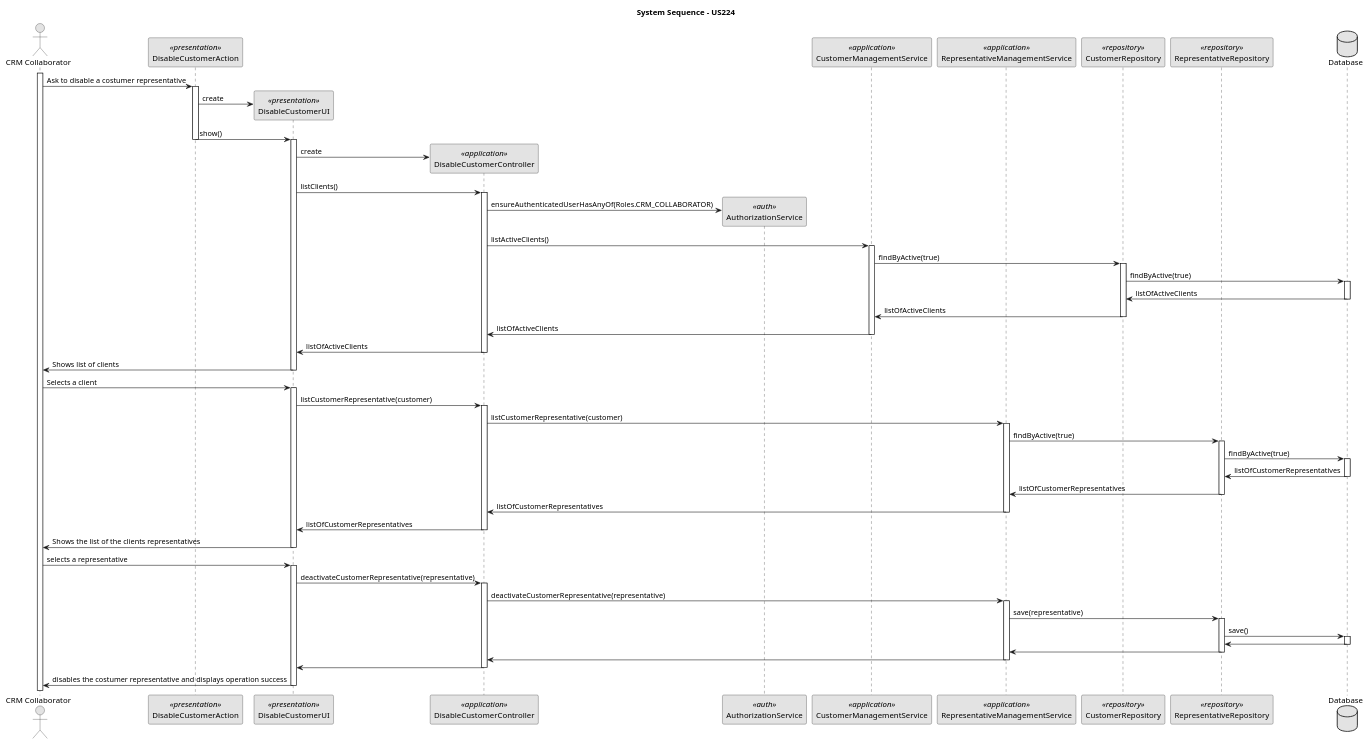
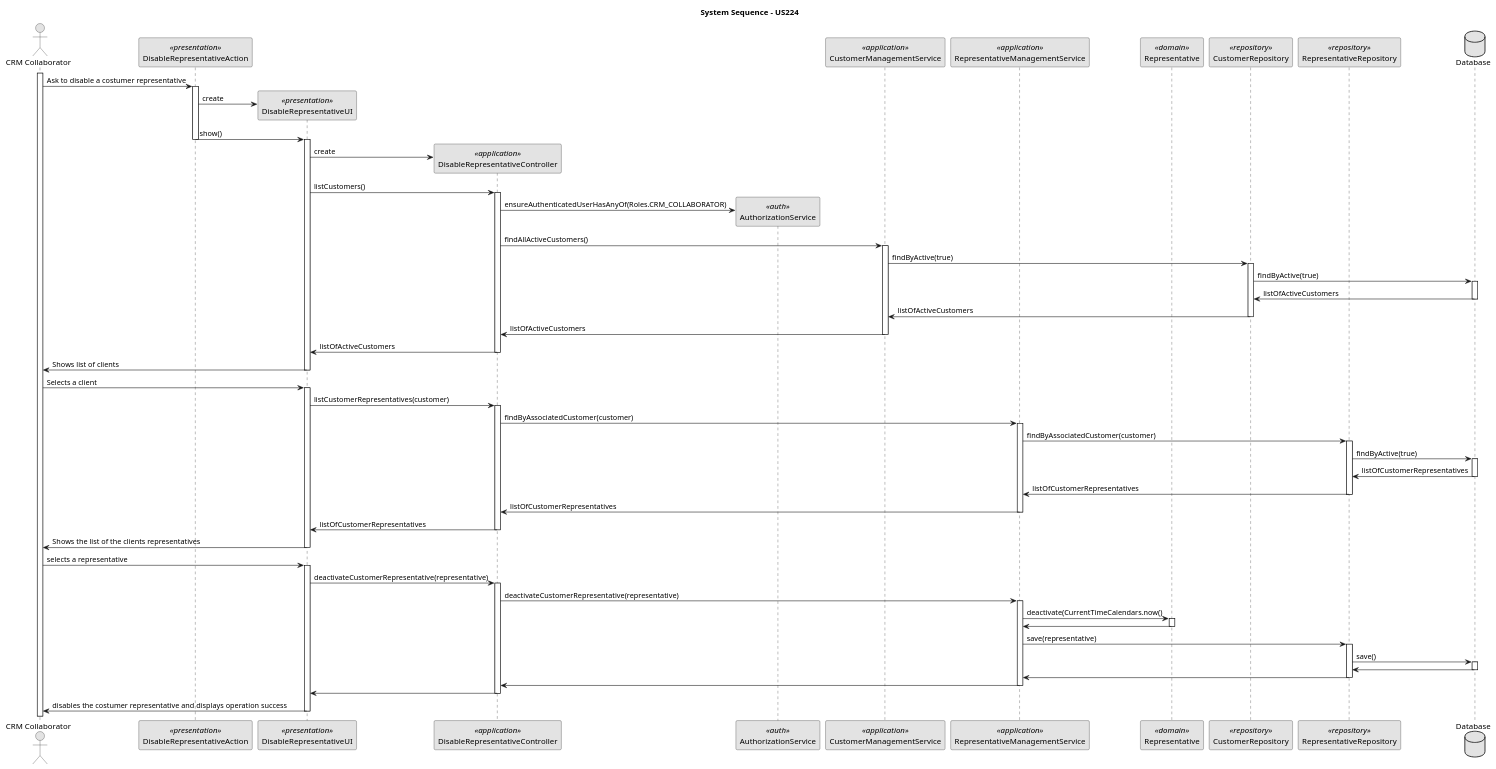
Before and after one commit to rubenFreitas1/ISEP-LAPR4-2024-2025: the diagram in docs/Sprint2/us_224/diagrams/sequence-diagram-US224.puml, drawn with PlantUML. The commit also changed 2 other files, not shown here.

```diff
--- a/docs/Sprint2/us_224/diagrams/sequence-diagram-US224.puml
+++ b/docs/Sprint2/us_224/diagrams/sequence-diagram-US224.puml
@@ -1,120 +1,126 @@
 @startuml
 skinparam monochrome true
 skinparam packageStyle rectangle
 skinparam shadowing false
 
 actor "CRM Collaborator" as crmCollaborator
-participant "DisableCustomerAction" as ACTION <<presentation>>
-participant "DisableCustomerUI" as UI <<presentation>>
-participant "DisableCustomerController" as CTRL <<application>>
+participant "DisableRepresentativeAction" as ACTION <<presentation>>
+participant "DisableRepresentativeUI" as UI <<presentation>>
+participant "DisableRepresentativeController" as CTRL <<application>>
 participant "AuthorizationService" as AuthorizationService <<auth>>
 participant "CustomerManagementService" as CustomerManagementService <<application>>
 participant "RepresentativeManagementService" as RepresentativeManagementService <<application>>
+participant "Representative" as Representative <<domain>>
 participant "CustomerRepository" as CustomerRepository <<repository>>
 participant "RepresentativeRepository" as RepresentativeRepository <<repository>>
 database "Database" as Database
 
 
 title System Sequence - US224
 
 activate crmCollaborator
 
     crmCollaborator -> ACTION : Ask to disable a costumer representative
     activate ACTION
 
         ACTION -> UI** : create
         ACTION -> UI : show()
     deactivate ACTION
 
     activate UI
 
         UI -> CTRL** : create
-        UI -> CTRL : listClients()
+        UI -> CTRL : listCustomers()
         activate CTRL
 
             CTRL -> AuthorizationService** : ensureAuthenticatedUserHasAnyOf(Roles.CRM_COLLABORATOR)
-            CTRL -> CustomerManagementService : listActiveClients()
+            CTRL -> CustomerManagementService : findAllActiveCustomers()
             activate CustomerManagementService
 
                 CustomerManagementService -> CustomerRepository : findByActive(true)
                 activate CustomerRepository
 
                     CustomerRepository -> Database : findByActive(true)
                     activate Database
 
-                        Database -> CustomerRepository : listOfActiveClients
+                        Database -> CustomerRepository : listOfActiveCustomers
                     deactivate Database
 
-                    CustomerRepository -> CustomerManagementService : listOfActiveClients
+                    CustomerRepository -> CustomerManagementService : listOfActiveCustomers
                 deactivate CustomerRepository
 
-                CustomerManagementService -> CTRL : listOfActiveClients
+                CustomerManagementService -> CTRL : listOfActiveCustomers
             deactivate CustomerManagementService
 
-            CTRL -> UI : listOfActiveClients
+            CTRL -> UI : listOfActiveCustomers
         deactivate CTRL
 
         UI -> crmCollaborator : Shows list of clients
     deactivate UI
 
     crmCollaborator -> UI : Selects a client
     activate UI
 
-        UI -> CTRL : listCustomerRepresentative(customer)
+        UI -> CTRL : listCustomerRepresentatives(customer)
         activate CTRL
 
-            CTRL -> RepresentativeManagementService : listCustomerRepresentative(customer)
+            CTRL -> RepresentativeManagementService : findByAssociatedCustomer(customer)
             activate RepresentativeManagementService
 
-                RepresentativeManagementService -> RepresentativeRepository : findByActive(true)
+                RepresentativeManagementService -> RepresentativeRepository : findByAssociatedCustomer(customer)
                 activate RepresentativeRepository
 
-                    RepresentativeRepository -> Database : findByActive(true)
+                    RepresentativeRepository -> Database :  findByActive(true)
                     activate Database
 
                         Database -> RepresentativeRepository : listOfCustomerRepresentatives
                     deactivate Database
 
                     RepresentativeRepository -> RepresentativeManagementService : listOfCustomerRepresentatives
                 deactivate RepresentativeRepository
 
                 RepresentativeManagementService -> CTRL : listOfCustomerRepresentatives
             deactivate RepresentativeManagementService
 
             CTRL -> UI : listOfCustomerRepresentatives
         deactivate CTRL
 
         UI -> crmCollaborator : Shows the list of the clients representatives
     deactivate UI
 
     crmCollaborator -> UI : selects a representative
     activate UI
 
         UI -> CTRL : deactivateCustomerRepresentative(representative)
         activate CTRL
 
             CTRL -> RepresentativeManagementService : deactivateCustomerRepresentative(representative)
             activate RepresentativeManagementService
 
+                RepresentativeManagementService -> Representative : deactivate(CurrentTimeCalendars.now()
+                activate Representative
+
+                    Representative -> RepresentativeManagementService
+                deactivate Representative
                 RepresentativeManagementService -> RepresentativeRepository : save(representative)
                 activate RepresentativeRepository
 
                     RepresentativeRepository -> Database : save()
                     activate Database
 
                         Database -> RepresentativeRepository :
                     deactivate Database
 
                     RepresentativeRepository -> RepresentativeManagementService :
                 deactivate RepresentativeRepository
 
                 RepresentativeManagementService -> CTRL :
             deactivate RepresentativeManagementService
 
             CTRL -> UI :
         deactivate CTRL
 
         UI -> crmCollaborator : disables the costumer representative and displays operation success
     deactivate UI
 
 @enduml
```
